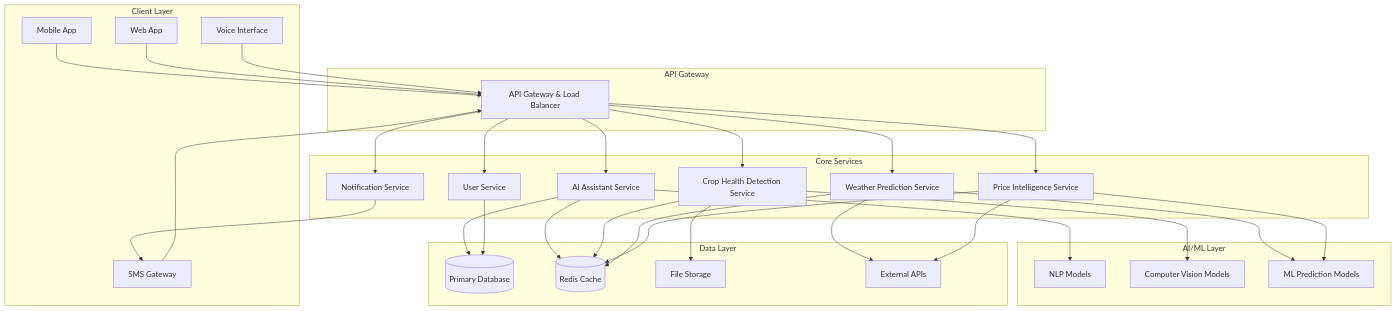
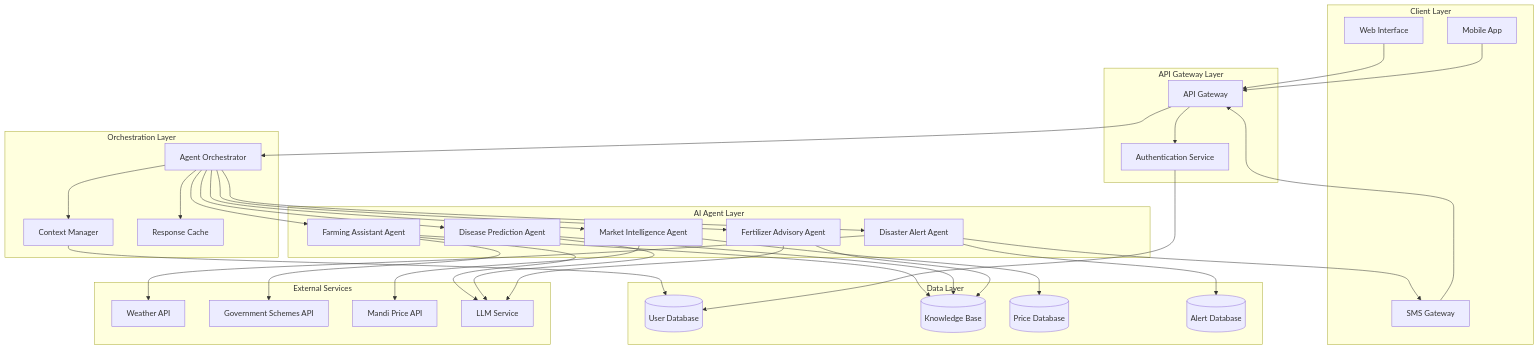
The diagram in design.md (Javali-M/FarmAI), drawn with Mermaid before and after one commit. The commit also changed other lines of this file and 2 other files, not shown here.

````diff
--- a/design.md
+++ b/design.md
@@ -18,64 +13,76 @@
 ```mermaid
 graph TB
     subgraph "Client Layer"
-        MA[Mobile App]
-        WA[Web App]
-        SMS[SMS Gateway]
-        VOICE[Voice Interface]
+        WEB[Web Interface]
+        MOBILE[Mobile App]
+        SMS_GW[SMS Gateway]
     end
     
-    subgraph "API Gateway"
-        AG[API Gateway & Load Balancer]
+    subgraph "API Gateway Layer"
+        API[API Gateway]
+        AUTH[Authentication Service]
     end
     
-    subgraph "Core Services"
-        AS[AI Assistant Service]
-        CHD[Crop Health Detection Service]
-        WP[Weather Prediction Service]
-        PI[Price Intelligence Service]
-        US[User Service]
-        NS[Notification Service]
+    subgraph "Orchestration Layer"
+        ORCH[Agent Orchestrator]
+        CTX[Context Manager]
+        CACHE[Response Cache]
     end
     
-    subgraph "AI/ML Layer"
-        NLP[NLP Models]
-        CV[Computer Vision Models]
-        ML[ML Prediction Models]
+    subgraph "AI Agent Layer"
+        FARM[Farming Assistant Agent]
+        DISEASE[Disease Prediction Agent]
+        FERT[Fertilizer Advisory Agent]
+        MARKET[Market Intelligence Agent]
+        ALERT[Disaster Alert Agent]
     end
     
     subgraph "Data Layer"
-        PDB[(Primary Database)]
-        CACHE[(Redis Cache)]
-        FS[File Storage]
-        EXT[External APIs]
+        USER_DB[(User Database)]
+        KNOWLEDGE[(Knowledge Base)]
+        PRICE_DB[(Price Database)]
+        ALERT_DB[(Alert Database)]
     end
     
-    MA --> AG
-    WA --> AG
-    SMS --> AG
-    VOICE --> AG
+    subgraph "External Services"
+        WEATHER[Weather API]
+        GOVT[Government Schemes API]
+        MANDI[Mandi Price API]
+        LLM[LLM Service]
+    end
     
-    AG --> AS
-    AG --> CHD
-    AG --> WP
-    AG --> PI
-    AG --> US
-    AG --> NS
+    WEB --> API
+    MOBILE --> API
+    SMS_GW --> API
     
-    AS --> NLP
-    CHD --> CV
-    WP --> ML
-    PI --> ML
+    API --> AUTH
+    API --> ORCH
     
-    AS --> PDB
-    CHD --> FS
-    WP --> EXT
-    PI --> EXT
-    US --> PDB
-    NS --> SMS
+    ORCH --> CTX
+    ORCH --> CACHE
+    ORCH --> FARM
+    ORCH --> DISEASE
+    ORCH --> FERT
+    ORCH --> MARKET
+    ORCH --> ALERT
     
-    AS --> CACHE
-    CHD --> CACHE
-    WP --> CACHE
-    PI --> CACHE
+    FARM --> KNOWLEDGE
+    FARM --> LLM
+    FARM --> GOVT
+    
+    DISEASE --> KNOWLEDGE
+    DISEASE --> LLM
+    
+    FERT --> KNOWLEDGE
+    FERT --> LLM
+    
+    MARKET --> PRICE_DB
+    MARKET --> MANDI
+    
+    ALERT --> ALERT_DB
+    ALERT --> WEATHER
+    ALERT --> SMS_GW
+    
+    CTX --> USER_DB
+    AUTH --> USER_DB
 ```
````
